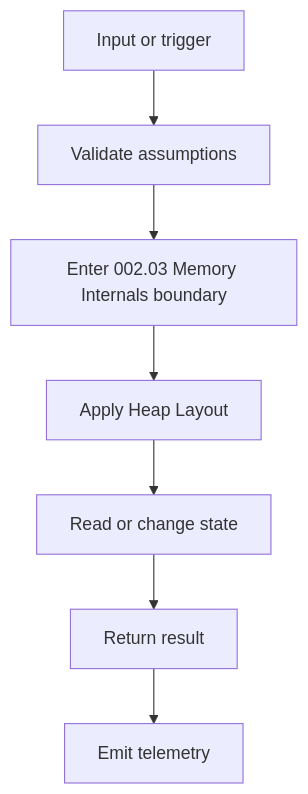
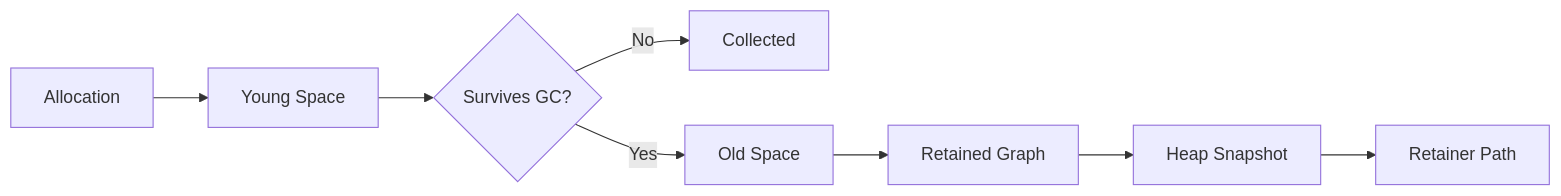
One commit to AjayPrajapat/Interview changed the third of 4 diagrams in 002. JavaScript Internals/002.03 Memory Internals/002.03.01 Heap Layout/README.md. Above: the diagram before and after it, drawn with Mermaid. The commit also changed other lines of this file and 10 other files, not shown here.

````diff
--- a/002. JavaScript Internals/002.03 Memory Internals/002.03.01 Heap Layout/README.md
+++ b/002. JavaScript Internals/002.03 Memory Internals/002.03.01 Heap Layout/README.md
@@ -453,9 +1020,10 @@
 ```mermaid
-flowchart TD
-  A[Input or trigger] --> B[Validate assumptions]
-  B --> C[Enter 002.03 Memory Internals boundary]
-  C --> D[Apply Heap Layout]
-  D --> E[Read or change state]
-  E --> F[Return result]
-  F --> G[Emit telemetry]
+flowchart LR
+  A["Allocation"] --> B["Young Space"]
+  B --> C{"Survives GC?"}
+  C -->|No| D["Collected"]
+  C -->|Yes| E["Old Space"]
+  E --> F["Retained Graph"]
+  F --> G["Heap Snapshot"]
+  G --> H["Retainer Path"]
 ```
````
